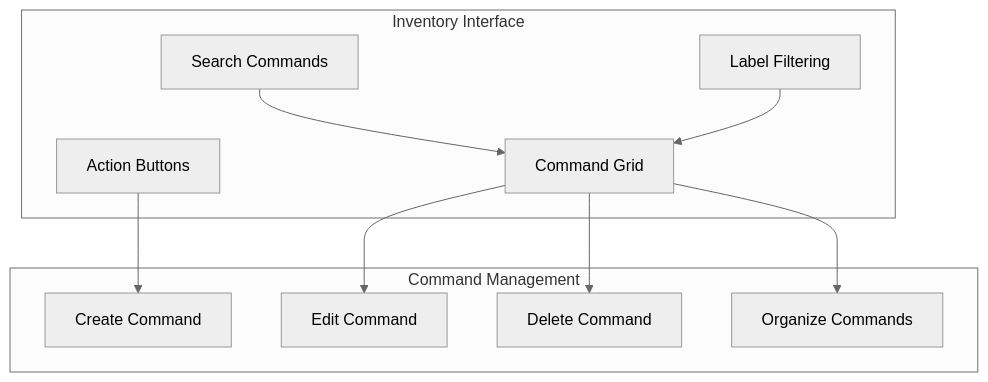
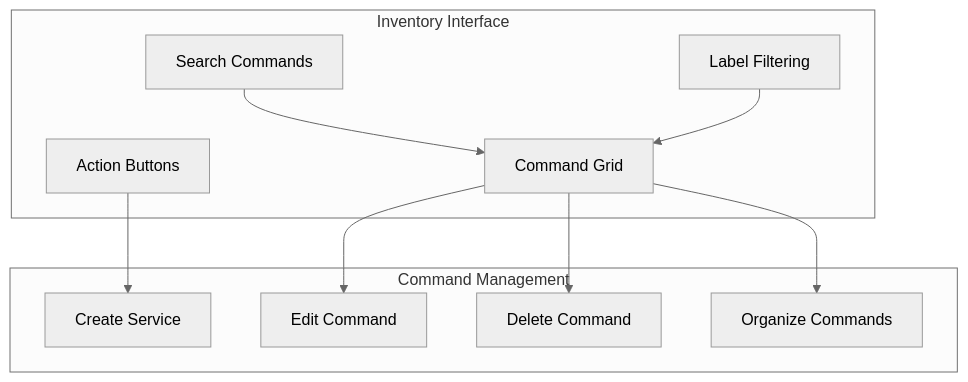
Before and after one commit to m3au/meows: the diagram in pages/inventory.md, drawn with Mermaid (neutral theme). The commit also changed other lines of this file and 3 other files, not shown here.

First line of the commit message:
Create create-service.md documentation for service creation page

````diff
--- a/pages/inventory.md
+++ b/pages/inventory.md
@@ -17,23 +17,23 @@
 ```mermaid
 graph TD
     subgraph "Inventory Interface"
         SearchBar[Search Commands]
         LabelBar[Label Filtering]
         ServiceGrid[Command Grid]
         ActionBar[Action Buttons]
     end
 
     subgraph "Command Management"
-        Create[Create Command]
+        Create[Create Service]
         Edit[Edit Command]
         Delete[Delete Command]
         Organize[Organize Commands]
     end
 
     SearchBar --> ServiceGrid
     LabelBar --> ServiceGrid
     ServiceGrid --> Edit
     ServiceGrid --> Delete
     ServiceGrid --> Organize
     ActionBar --> Create
 ```
````
